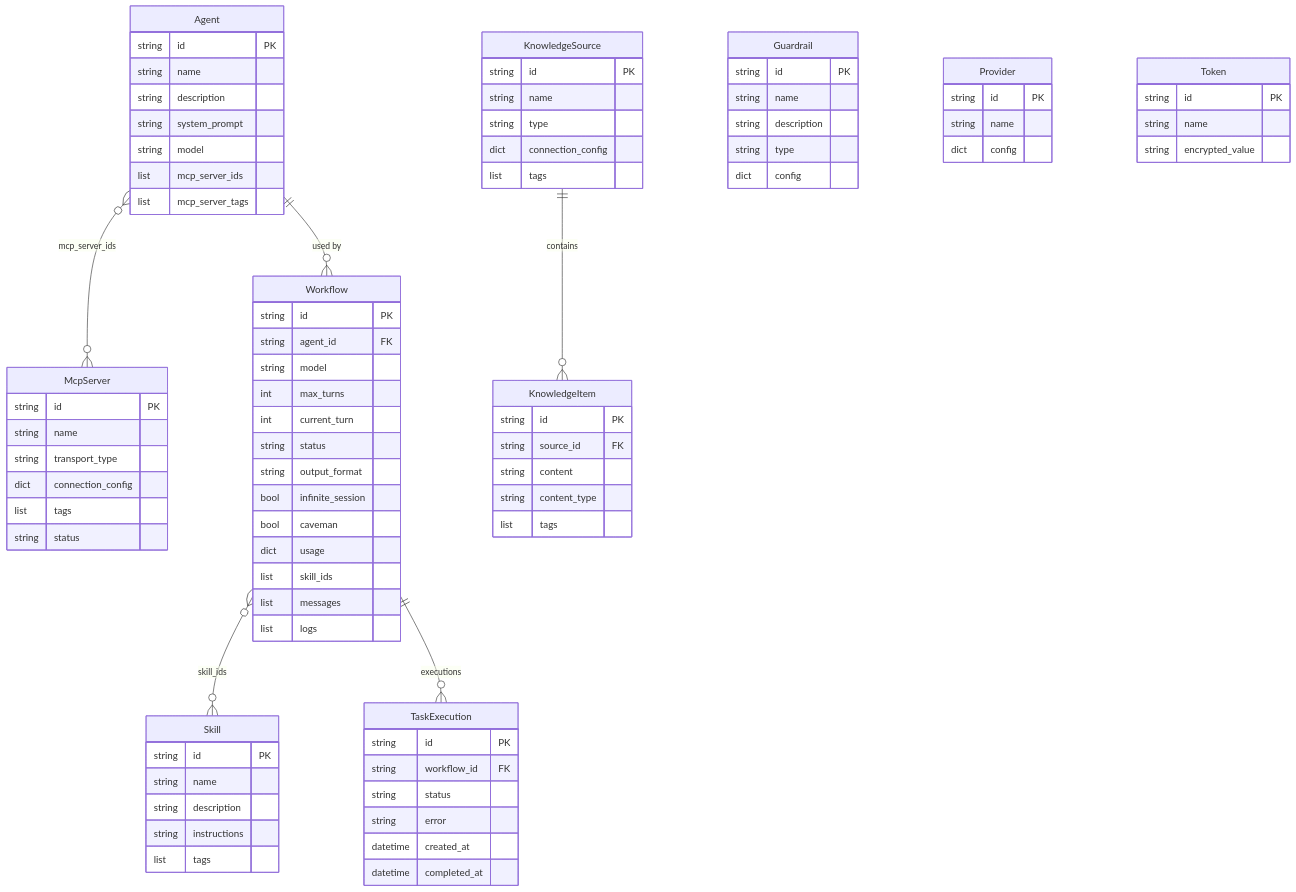
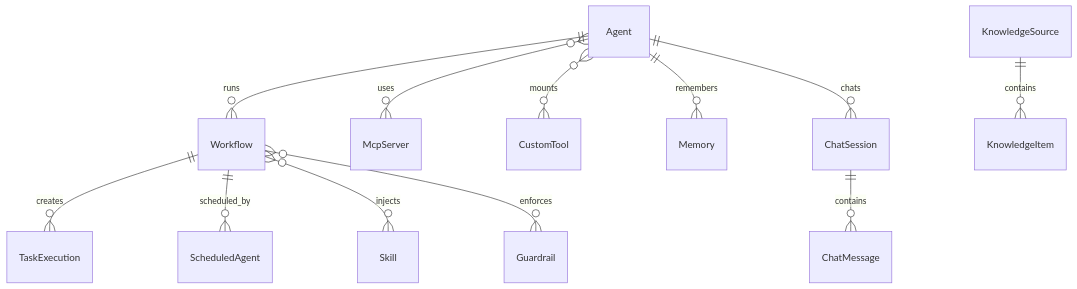
One commit to naaico-tech/tbd-agents changed the diagram in docs/architecture/data-model.md. Above: the diagram before and after it, drawn with Mermaid. The commit also changed other lines of this file and 44 other files, not shown here.

````diff
--- a/docs/architecture/data-model.md
+++ b/docs/architecture/data-model.md
@@ -9,96 +26,14 @@
 ```mermaid
 erDiagram
-    Agent {
-        string id PK
-        string name
-        string description
-        string system_prompt
-        string model
-        list mcp_server_ids
-        list mcp_server_tags
-    }
-
-    McpServer {
-        string id PK
-        string name
-        string transport_type
-        dict connection_config
-        list tags
-        string status
-    }
-
-    Skill {
-        string id PK
-        string name
-        string description
-        string instructions
-        list tags
-    }
-
-    Workflow {
-        string id PK
-        string agent_id FK
-        string model
-        int max_turns
-        int current_turn
-        string status
-        string output_format
-        bool infinite_session
-        bool caveman
-        dict usage
-        list skill_ids
-        list messages
-        list logs
-    }
-
-    KnowledgeSource {
-        string id PK
-        string name
-        string type
-        dict connection_config
-        list tags
-    }
-
-    KnowledgeItem {
-        string id PK
-        string source_id FK
-        string content
-        string content_type
-        list tags
-    }
-
-    Guardrail {
-        string id PK
-        string name
-        string description
-        string type
-        dict config
-    }
-
-    Provider {
-        string id PK
-        string name
-        dict config
-    }
-
-    Token {
-        string id PK
-        string name
-        string encrypted_value
-    }
-
-    TaskExecution {
-        string id PK
-        string workflow_id FK
-        string status
-        string error
-        datetime created_at
-        datetime completed_at
-    }
-
-    Agent ||--o{ Workflow : "used by"
-    Agent }o--o{ McpServer : "mcp_server_ids"
-    Workflow }o--o{ Skill : "skill_ids"
-    Workflow ||--o{ TaskExecution : "executions"
-    KnowledgeSource ||--o{ KnowledgeItem : "contains"
+    Agent ||--o{ Workflow : runs
+    Workflow ||--o{ TaskExecution : creates
+    Workflow ||--o{ ScheduledAgent : scheduled_by
+    Agent }o--o{ McpServer : uses
+    Agent }o--o{ CustomTool : mounts
+    Workflow }o--o{ Skill : injects
+    Workflow }o--o{ Guardrail : enforces
+    KnowledgeSource ||--o{ KnowledgeItem : contains
+    Agent ||--o{ Memory : remembers
+    Agent ||--o{ ChatSession : chats
+    ChatSession ||--o{ ChatMessage : contains
 ```
````
